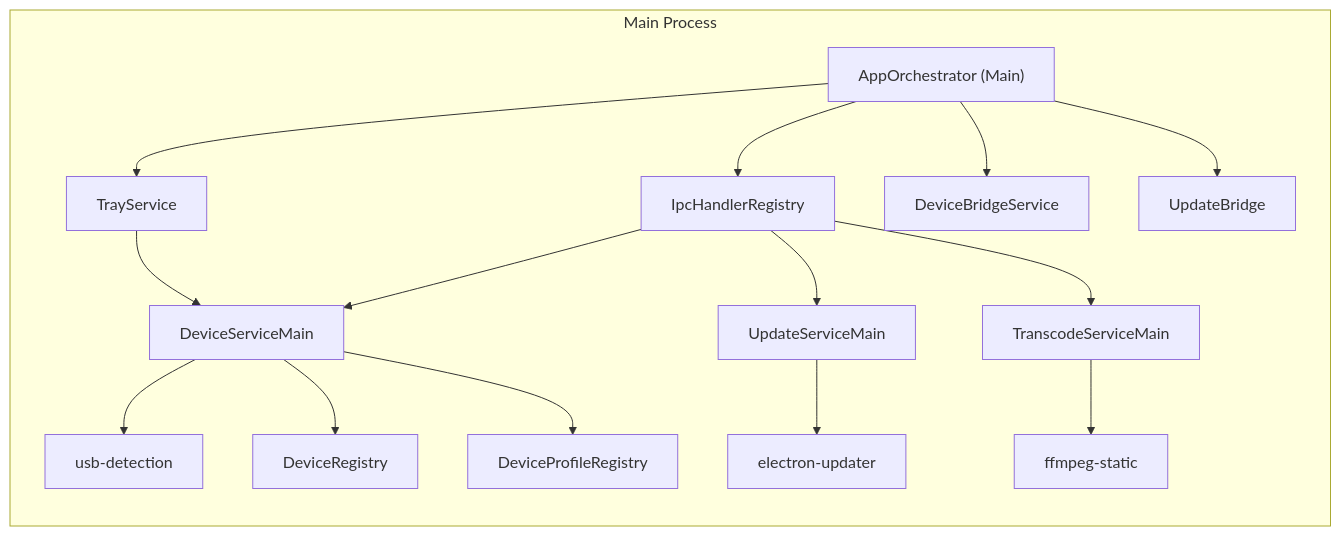
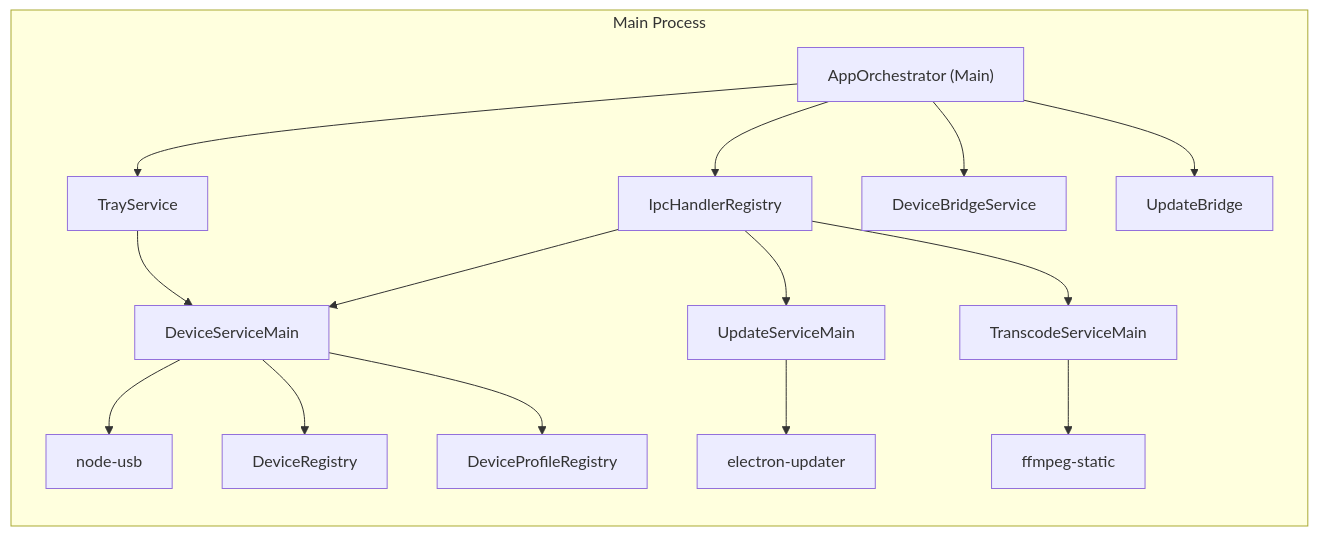
Before and after one commit to josstei/prismgb-app: the sixth of 8 diagrams in docs/architecture-diagrams.md, drawn with Mermaid. The commit also changed 15 other files, not shown here.

First line of the commit message:
refactor(devices): migrate from usb-detection to node-usb

````diff
--- a/docs/architecture-diagrams.md
+++ b/docs/architecture-diagrams.md
@@ -128,34 +128,34 @@
 ```mermaid
 flowchart LR
   subgraph MAIN[Main Process]
     AppOrchestrator["AppOrchestrator (Main)"]
     IpcHandlerRegistry[IpcHandlerRegistry]
     TrayService[TrayService]
     DeviceBridge[DeviceBridgeService]
     UpdateBridge[UpdateBridge]
     DeviceServiceMain[DeviceServiceMain]
     UpdateServiceMain[UpdateServiceMain]
     TranscodeServiceMain[TranscodeServiceMain]
-    UsbDetection[usb-detection]
+    UsbMonitor[node-usb]
     DeviceRegistry[DeviceRegistry]
     DeviceProfileRegistry[DeviceProfileRegistry]
     AutoUpdater[electron-updater]
     FFmpeg[ffmpeg-static]
   end
 
   AppOrchestrator --> IpcHandlerRegistry
   AppOrchestrator --> TrayService
   AppOrchestrator --> DeviceBridge
   AppOrchestrator --> UpdateBridge
 
   IpcHandlerRegistry --> DeviceServiceMain
   IpcHandlerRegistry --> UpdateServiceMain
   IpcHandlerRegistry --> TranscodeServiceMain
   TrayService --> DeviceServiceMain
 
-  DeviceServiceMain --> UsbDetection
+    DeviceServiceMain --> UsbMonitor
   DeviceServiceMain --> DeviceRegistry
   DeviceServiceMain --> DeviceProfileRegistry
   UpdateServiceMain --> AutoUpdater
   TranscodeServiceMain --> FFmpeg
 ```
````
